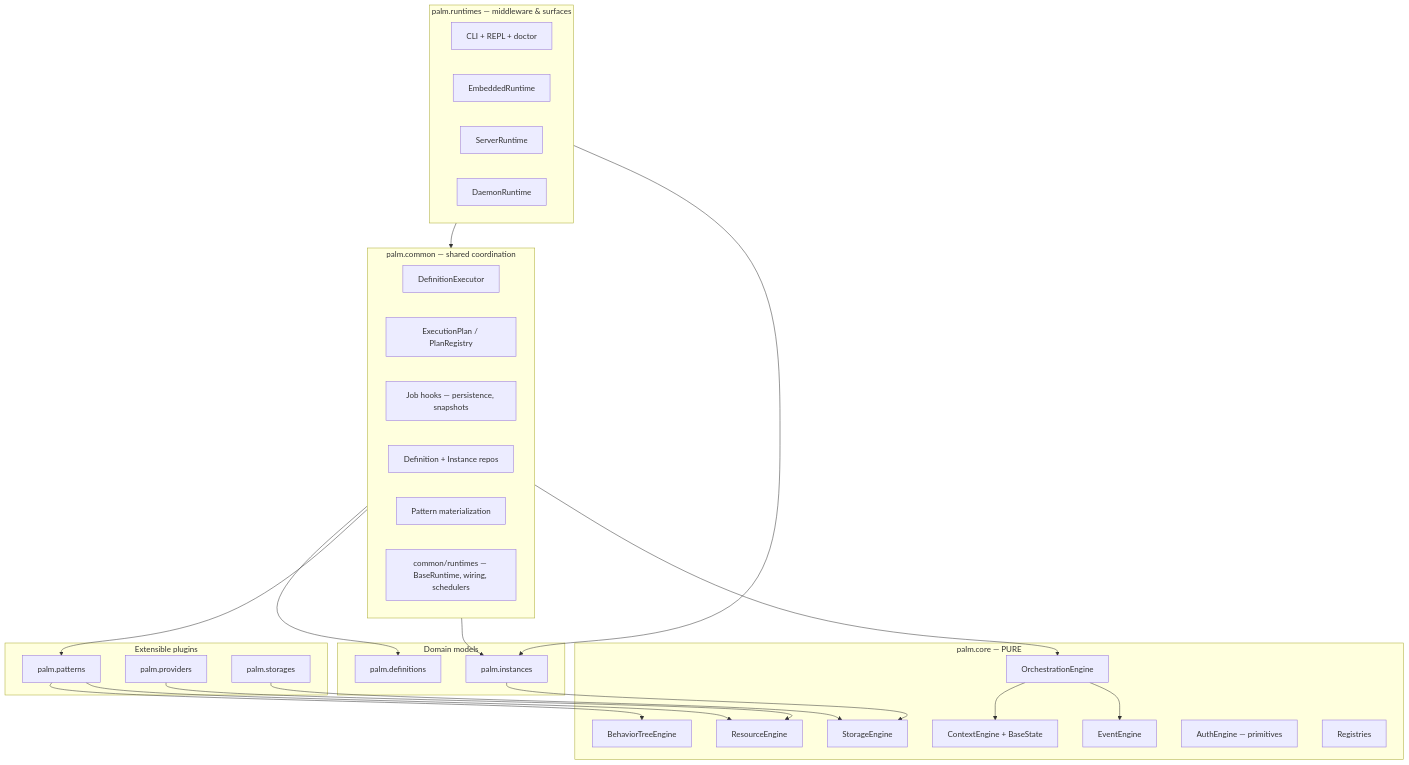
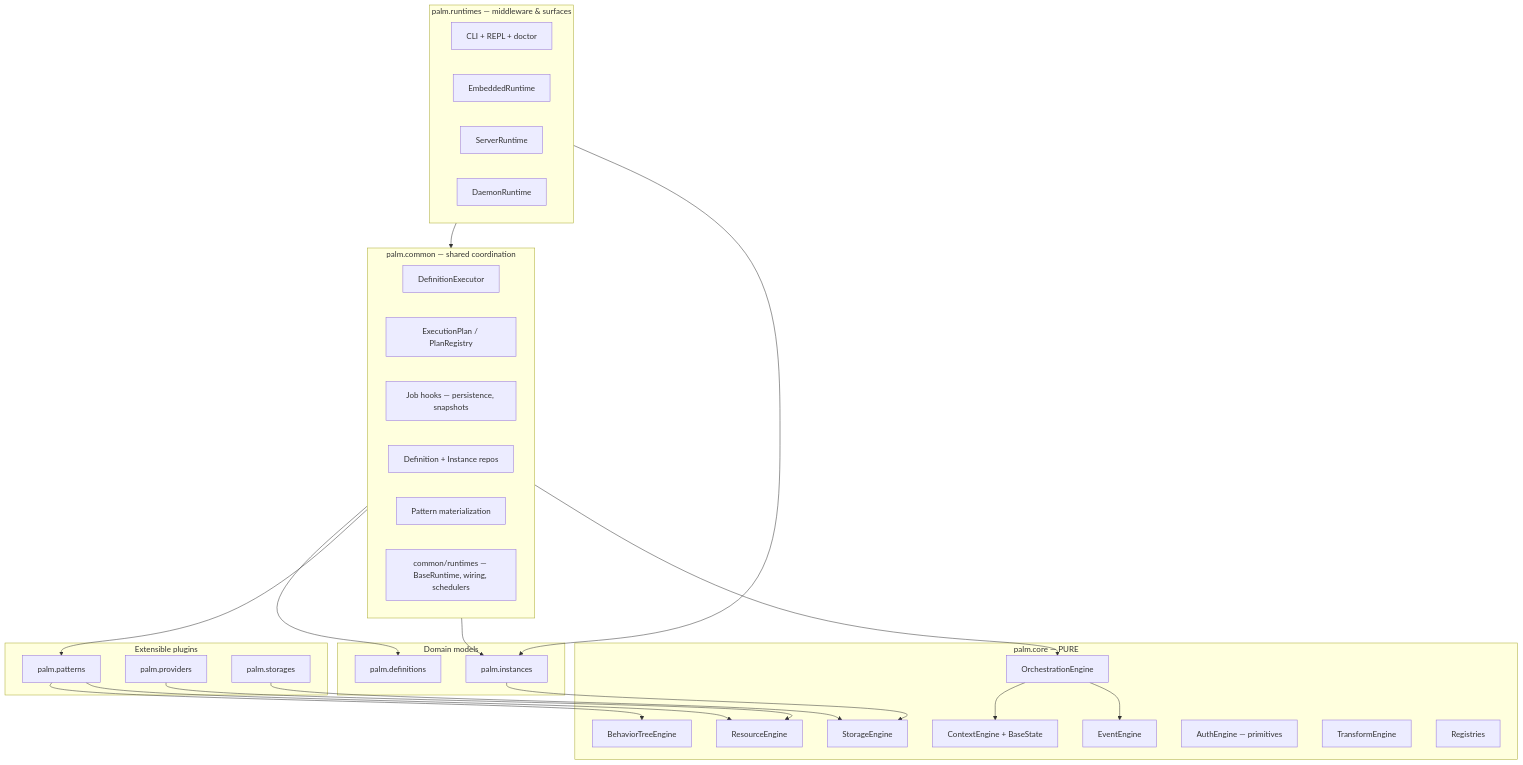
Before and after one commit to JGabrielGruber/palmengine: the first of 6 diagrams in ARCHITECTURE.md, drawn with Mermaid. The commit also changed other lines of this file and 46 other files, not shown here.

````diff
--- a/ARCHITECTURE.md
+++ b/ARCHITECTURE.md
@@ -23,54 +23,55 @@
 ```mermaid
 flowchart TB
     subgraph Runtimes["palm.runtimes — middleware & surfaces"]
         cli[CLI + REPL + doctor]
         embedded[EmbeddedRuntime]
         server[ServerRuntime]
         daemon[DaemonRuntime]
     end
 
     subgraph Common["palm.common — shared coordination"]
         exec[DefinitionExecutor]
         plans[ExecutionPlan / PlanRegistry]
         hooks[Job hooks — persistence, snapshots]
         persist[Definition + Instance repos]
         builder[Pattern materialization]
         rtbase[common/runtimes — BaseRuntime, wiring, schedulers]
     end
 
     subgraph Plugins["Extensible plugins"]
         patterns[palm.patterns]
         providers[palm.providers]
         storages[palm.storages]
     end
 
     subgraph Domain["Domain models"]
         instances[palm.instances]
         definitions[palm.definitions]
     end
 
     subgraph Core["palm.core — PURE"]
         bt[BehaviorTreeEngine]
         orch[OrchestrationEngine]
         ctx[ContextEngine + BaseState]
         sto[StorageEngine]
         res[ResourceEngine]
         evt[EventEngine]
         auth[AuthEngine — primitives]
+        xform[TransformEngine]
         reg[Registries]
     end
 
     Runtimes --> Common
     Runtimes --> instances
     Common --> definitions
     Common --> patterns
     Common --> instances
     patterns --> bt
     patterns --> res
     instances --> sto
     providers --> res
     storages --> sto
     Common --> orch
     orch --> ctx
     orch --> evt
 ```
````
